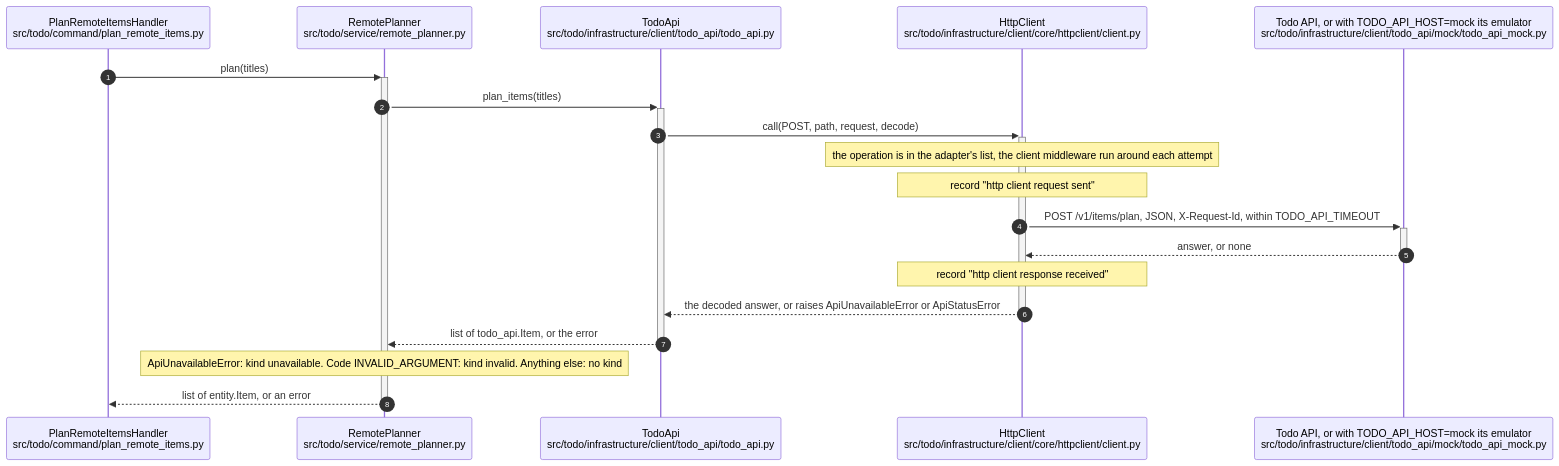
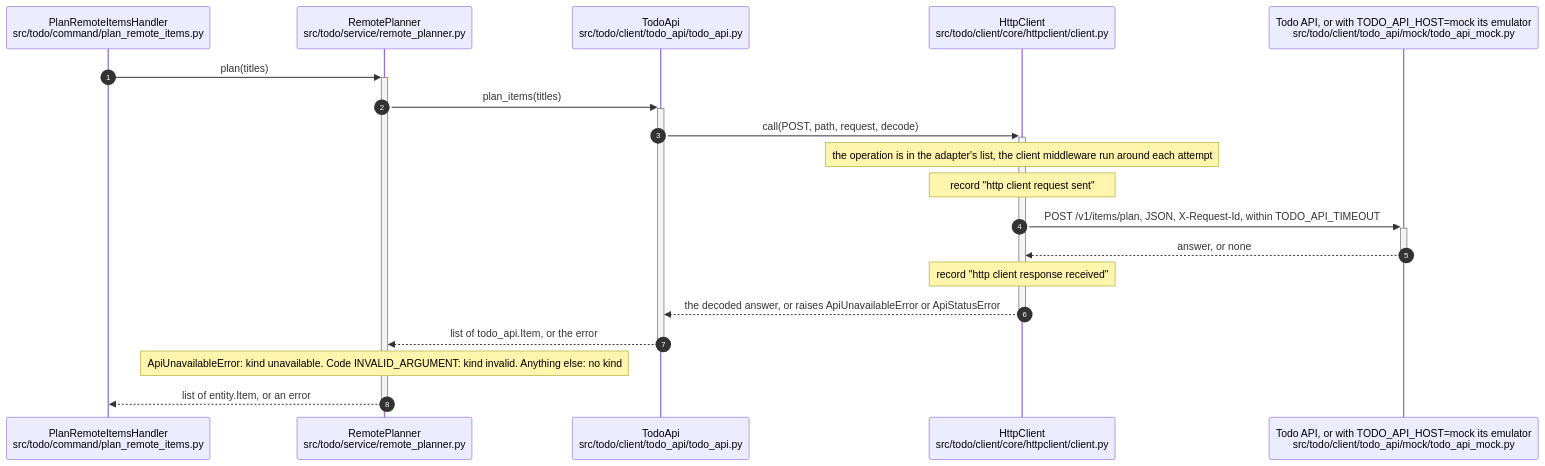
One commit to InsonusK/ai-skills changed the diagram in library/architecture/python/vp-http-client-in-python.skill/diagrams/example-flow.mmd. Above: the diagram before and after it, drawn with Mermaid. The commit also changed 646 other files, not shown here.

Commit message:
refactor: realize client and service boundaries across architecture stacks

```diff
--- a/library/architecture/python/vp-http-client-in-python.skill/diagrams/example-flow.mmd
+++ b/library/architecture/python/vp-http-client-in-python.skill/diagrams/example-flow.mmd
@@ -1,20 +1,20 @@
 sequenceDiagram
     autonumber
     participant Handler as PlanRemoteItemsHandler<br/>src/todo/command/plan_remote_items.py
     participant Service as RemotePlanner<br/>src/todo/service/remote_planner.py
-    participant Adapter as TodoApi<br/>src/todo/infrastructure/client/todo_api/todo_api.py
-    participant Client as HttpClient<br/>src/todo/infrastructure/client/core/httpclient/client.py
-    participant API as Todo API, or with TODO_API_HOST=mock its emulator<br/>src/todo/infrastructure/client/todo_api/mock/todo_api_mock.py
+    participant Adapter as TodoApi<br/>src/todo/client/todo_api/todo_api.py
+    participant Client as HttpClient<br/>src/todo/client/core/httpclient/client.py
+    participant API as Todo API, or with TODO_API_HOST=mock its emulator<br/>src/todo/client/todo_api/mock/todo_api_mock.py
 
     Handler->>+Service: plan(titles)
     Service->>+Adapter: plan_items(titles)
     Adapter->>+Client: call(POST, path, request, decode)
     Note over Client: the operation is in the adapter's list, the client middleware run around each attempt
     Note over Client: record "http client request sent"
     Client->>+API: POST /v1/items/plan, JSON, X-Request-Id, within TODO_API_TIMEOUT
     API-->>-Client: answer, or none
     Note over Client: record "http client response received"
     Client-->>-Adapter: the decoded answer, or raises ApiUnavailableError or ApiStatusError
     Adapter-->>-Service: list of todo_api.Item, or the error
     Note over Service: ApiUnavailableError: kind unavailable. Code INVALID_ARGUMENT: kind invalid. Anything else: no kind
     Service-->>-Handler: list of entity.Item, or an error
```
